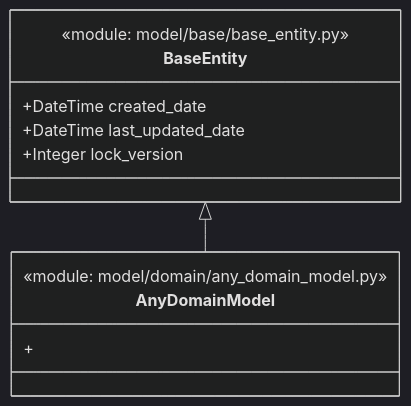
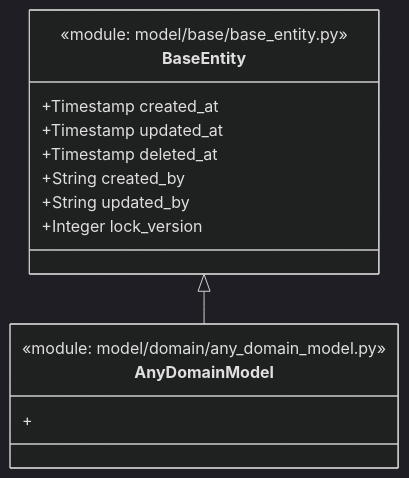
Before and after one commit to eSynergy-Solutions/architecture-patterns: the sixth of 6 diagrams in Patterns/Apps/Microservices/python/BDP-FastApi-agentic.md, drawn with Mermaid (dark theme).

Commit message:
Update BaseEntity audit fields: use Timestamp for dates and String for created_by/updated_by

````diff
--- a/Patterns/Apps/Microservices/python/BDP-FastApi-agentic.md
+++ b/Patterns/Apps/Microservices/python/BDP-FastApi-agentic.md
@@ -237,18 +237,21 @@
 ```mermaid
 classDiagram
     class BaseEntity {
         <<module: model/base/base_entity.py>>
-        +DateTime created_date
-        +DateTime last_updated_date
+        +Timestamp created_at
+        +Timestamp updated_at
+        +Timestamp deleted_at
+        +String created_by
+        +String updated_by
         +Integer lock_version
     }
 
     class AnyDomainModel {
         <<module: model/domain/any_domain_model.py>>
         +<domain_specific_fields>
     }
 
     %% Relationships
     BaseEntity <|-- AnyDomainModel
 
 ```
````
